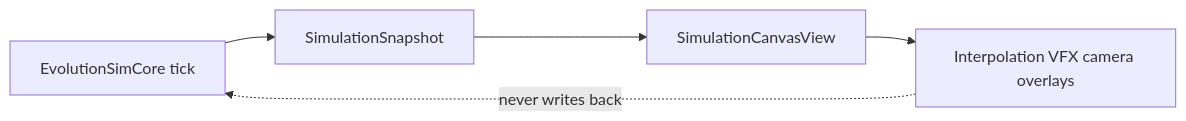
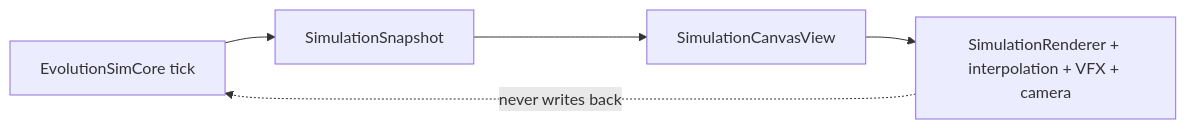
Before and after one commit to Tigger36/EvolutionSimGame: the first of 3 diagrams in .cursor/plans/graphics_upgrade_plan_8762ad7c.plan.md, drawn with Mermaid. The commit also changed other lines of this file, not shown here.

First line of the commit message:
Revise graphics upgrade plan to outline two-phase strategy for EvolutionSimGame.

````diff
--- a/.cursor/plans/graphics_upgrade_plan_8762ad7c.plan.md
+++ b/.cursor/plans/graphics_upgrade_plan_8762ad7c.plan.md
@@ -42,7 +72,7 @@
 ```mermaid
 flowchart LR
     SimCore[EvolutionSimCore tick] --> Snapshot[SimulationSnapshot]
-    Snapshot --> Canvas[SimulationCanvasView]
-    Canvas --> RenderLayer[Interpolation VFX camera overlays]
+    Snapshot --> CanvasHost[SimulationCanvasView]
+    CanvasHost --> RenderLayer[SimulationRenderer + interpolation + VFX + camera]
     RenderLayer -.->|never writes back| SimCore
 ```
````
